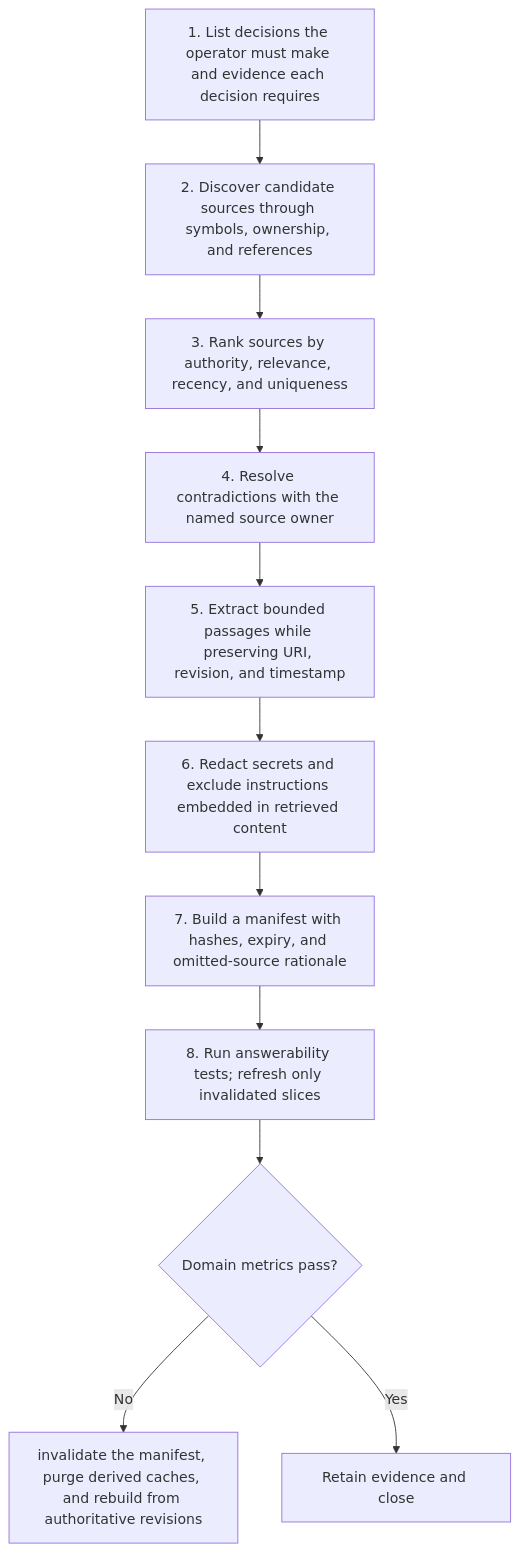
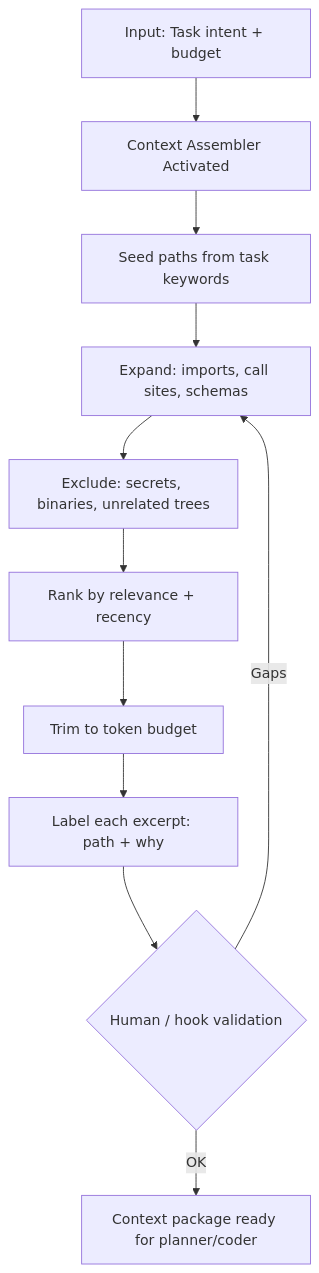
Before and after one commit to grvmithas/open-ai-engineering-standards: the diagram in content/patterns/context-pattern/workflow.md, drawn with Mermaid. The commit also changed other lines of this file and 494 other files, not shown here.

````diff
--- a/content/patterns/context-pattern/workflow.md
+++ b/content/patterns/context-pattern/workflow.md
@@ -9,14 +11,13 @@
 ```mermaid
 flowchart TD
-  S1[1. List decisions the operator must make and evidence each decision requires] --> S2
-  S2[2. Discover candidate sources through symbols, ownership, and references] --> S3
-  S3[3. Rank sources by authority, relevance, recency, and uniqueness] --> S4
-  S4[4. Resolve contradictions with the named source owner] --> S5
-  S5[5. Extract bounded passages while preserving URI, revision, and timestamp] --> S6
-  S6[6. Redact secrets and exclude instructions embedded in retrieved content] --> S7
-  S7[7. Build a manifest with hashes, expiry, and omitted-source rationale] --> S8
-  S8[8. Run answerability tests; refresh only invalidated slices]
-  S8 --> V{Domain metrics pass?}
-  V -->|No| R[invalidate the manifest, purge derived caches, and rebuild from authoritative revisions]
-  V -->|Yes| C[Retain evidence and close]
+    A[Input: Task intent + budget] --> B[Context Assembler Activated]
+    B --> C[Seed paths from task keywords]
+    C --> D[Expand: imports, call sites, schemas]
+    D --> E[Exclude: secrets, binaries, unrelated trees]
+    E --> F[Rank by relevance + recency]
+    F --> G[Trim to token budget]
+    G --> H[Label each excerpt: path + why]
+    H --> I{Human / hook validation}
+    I -->|Gaps| D
+    I -->|OK| J[Context package ready for planner/coder]
 ```
````
